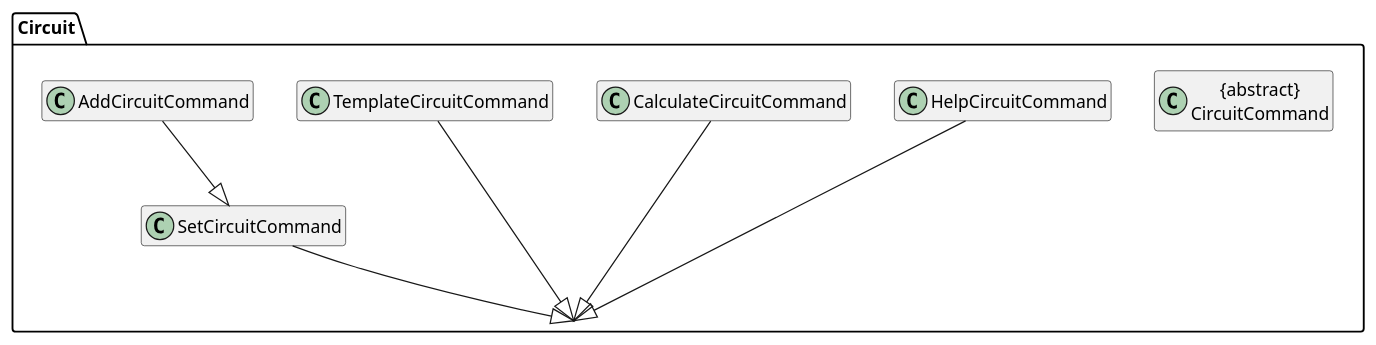
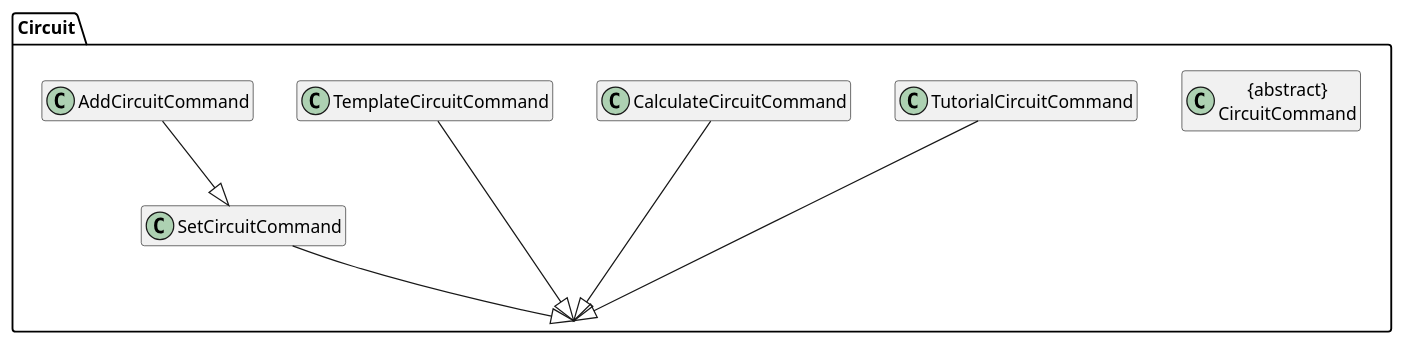
Before and after one commit to sevenseasofbri/tp: the diagram in docs/diagrams/CircuitClassDiagram.puml, drawn with PlantUML. The commit also changed 14 other files, not shown here.

Commit message:
Update diagrams

```diff
--- a/docs/diagrams/CircuitClassDiagram.puml
+++ b/docs/diagrams/CircuitClassDiagram.puml
@@ -1,18 +1,18 @@
 @startuml
 
 hide member
 package "Circuit" {
 Class "{abstract}\nCircuitCommand" as Circuit
 Class "TemplateCircuitCommand" as Template
 Class "SetCircuitCommand" as Set
 Class "AddCircuitCommand" as Add
 Class "CalculateCircuitCommand" as Calc
-Class "HelpCircuitCommand" as Help
+Class "TutorialCircuitCommand" as Help
 }
 Help --|> Circuit
 Template --|> Circuit
 Set --|> Circuit
 Calc --|> Circuit
 Add --|> Set
 
 @enduml
```
